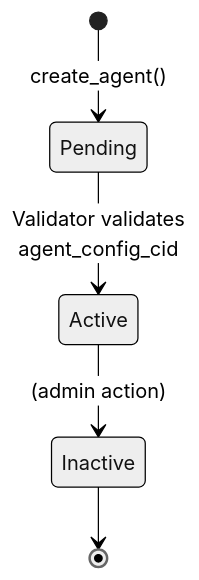
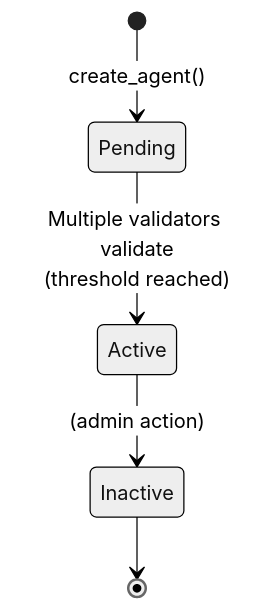
One commit to JorgeCosta87/decentralized-autonomous-computing changed the fifth of 13 diagrams in docs/design.md. Above: the diagram before and after it, drawn with Mermaid (neutral theme). The commit also changed other lines of this file and 1 other file, not shown here.

````diff
--- a/docs/design.md
+++ b/docs/design.md
@@ -297,7 +331,7 @@
 ```mermaid
 stateDiagram-v2
     [*] --> Pending: create_agent()
-    Pending --> Active: Validator validates<br/>agent_config_cid
+    Pending --> Active: Multiple validators validate<br/>(threshold reached)
     Active --> Inactive: (admin action)
     Inactive --> [*]
 ```
````
